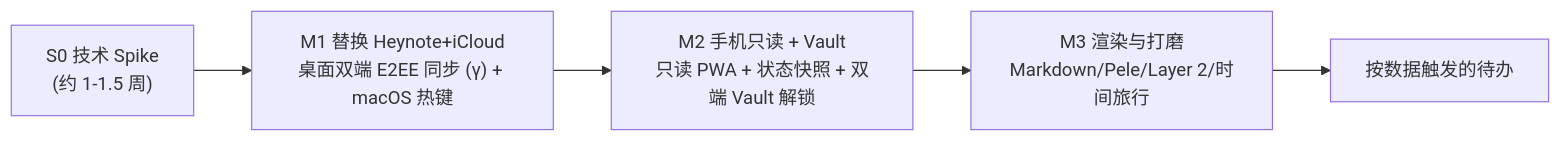
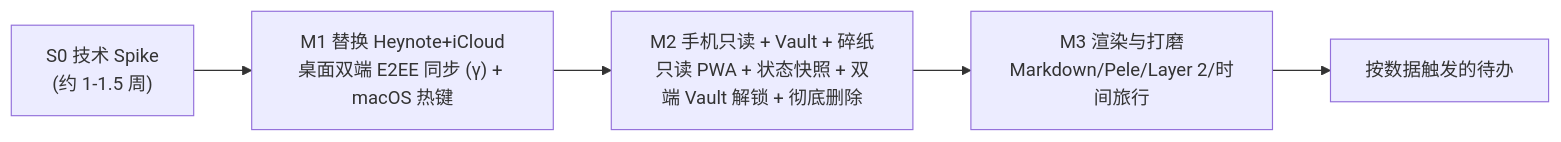
Before and after one commit to gray0128/my-note: the second of 2 diagrams in review/2026-11-24-first-principles-review.md, drawn with Mermaid. The commit also changed other lines of this file and 1 other file, not shown here.

````diff
--- a/review/2026-11-24-first-principles-review.md
+++ b/review/2026-11-24-first-principles-review.md
@@ -655,7 +706,7 @@
 ```mermaid
 flowchart LR
     S0["S0 技术 Spike<br/>(约 1-1.5 周)"] --> M1["M1 替换 Heynote+iCloud<br/>桌面双端 E2EE 同步 (γ) + macOS 热键"]
-    M1 --> M2["M2 手机只读 + Vault<br/>只读 PWA + 状态快照 + 双端 Vault 解锁"]
+    M1 --> M2["M2 手机只读 + Vault + 碎纸<br/>只读 PWA + 状态快照 + 双端 Vault 解锁 + 彻底删除"]
     M2 --> M3["M3 渲染与打磨<br/>Markdown/Pele/Layer 2/时间旅行"]
     M3 --> T["按数据触发的待办"]
 ```
````
